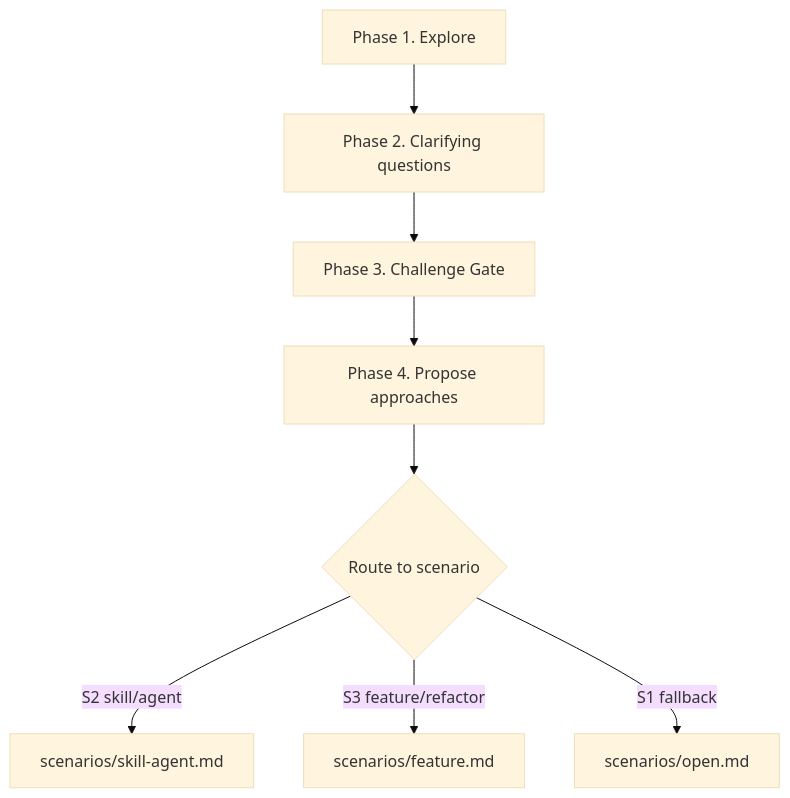
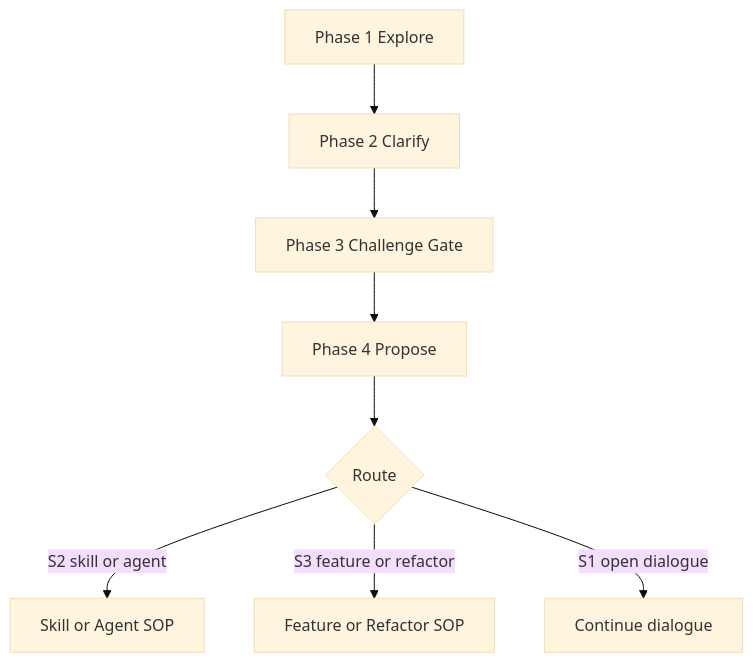
Before and after one commit to Jiangwlee/oh-my-superpowers: the diagram in skills/brainstorming/SKILL.md, drawn with Mermaid (base theme). The commit also changed other lines of this file and 21 other files, not shown here.

````diff
--- a/skills/brainstorming/SKILL.md
+++ b/skills/brainstorming/SKILL.md
@@ -77,10 +39,10 @@
 ```mermaid
 flowchart TD
-    P1[Phase 1. Explore] --> P2[Phase 2. Clarifying questions]
-    P2 --> P3[Phase 3. Challenge Gate]
-    P3 --> P4[Phase 4. Propose approaches]
-    P4 --> R{Route to scenario}
-    R -->|S2 skill/agent| SA[scenarios/skill-agent.md]
-    R -->|S3 feature/refactor| F[scenarios/feature.md]
-    R -->|S1 fallback| O[scenarios/open.md]
+    P1[Phase 1 Explore] --> P2[Phase 2 Clarify]
+    P2 --> P3[Phase 3 Challenge Gate]
+    P3 --> P4[Phase 4 Propose]
+    P4 --> R{Route}
+    R -->|S2 skill or agent| SA[Skill or Agent SOP]
+    R -->|S3 feature or refactor| F[Feature or Refactor SOP]
+    R -->|S1 open dialogue| O[Continue dialogue]
 ```
````
